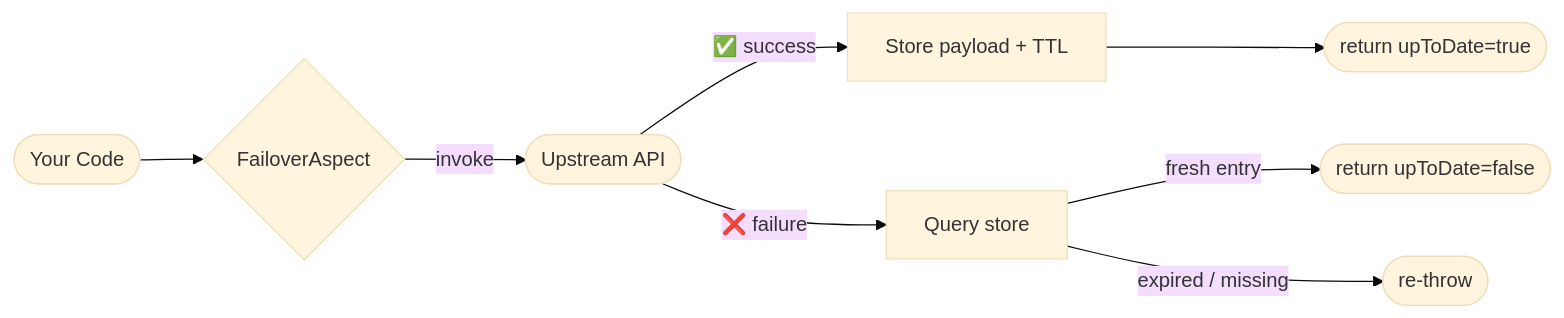
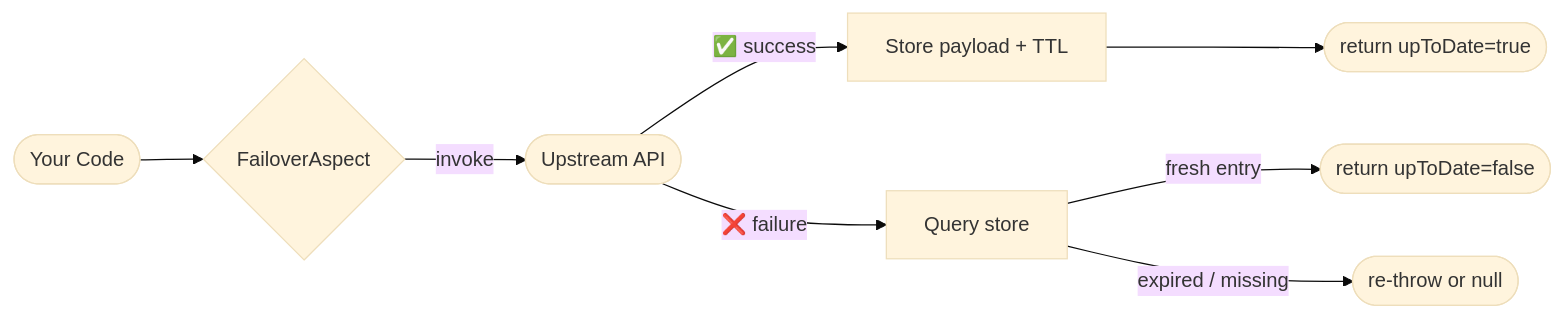
Before and after one commit to societe-generale/failover: the first of 3 diagrams in docs/index.md, drawn with Mermaid (base theme). The commit also changed other lines of this file and 84 other files, not shown here.

````diff
--- a/docs/index.md
+++ b/docs/index.md
@@ -10,12 +9,10 @@
 ```mermaid
-
 flowchart LR
     C([Your Code]) --> A{FailoverAspect}
     A -->|invoke| U([Upstream API])
     U -- "✅ success" --> ST[Store payload + TTL]
     ST --> R1([return upToDate=true])
     U -- "❌ failure" --> Q[Query store]
     Q -- "fresh entry" --> R2([return upToDate=false])
-    Q -- "expired / missing" --> R3([re-throw])
-    
+    Q -- "expired / missing" --> R3([re-throw or null])
 ```
````
